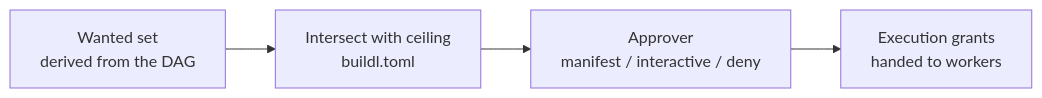
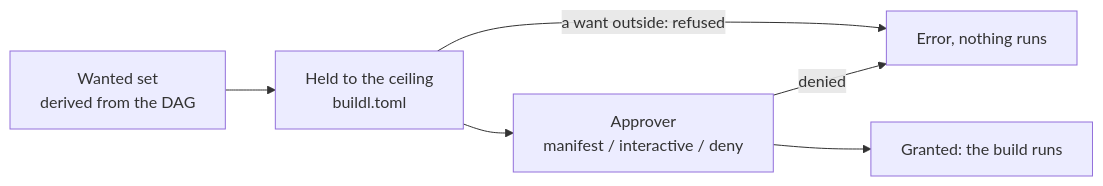
Before and after one commit to airsstack/buildl: the second of 13 diagrams in docs/design.md, drawn with Mermaid. The commit also changed other lines of this file and 102 other files, not shown here.

````diff
--- a/docs/design.md
+++ b/docs/design.md
@@ -180,7 +185,9 @@
 ```mermaid
 %% Grant negotiation
 graph LR
-    W["Wanted set<br/>derived from the DAG"] --> C["Intersect with ceiling<br/>buildl.toml"]
+    W["Wanted set<br/>derived from the DAG"] --> C["Held to the ceiling<br/>buildl.toml"]
+    C -- "a want outside: refused" --> X["Error, nothing runs"]
     C --> A["Approver<br/>manifest / interactive / deny"]
-    A --> G["Execution grants<br/>handed to workers"]
+    A -- "denied" --> X
+    A --> G["Granted: the build runs"]
 ```
````
